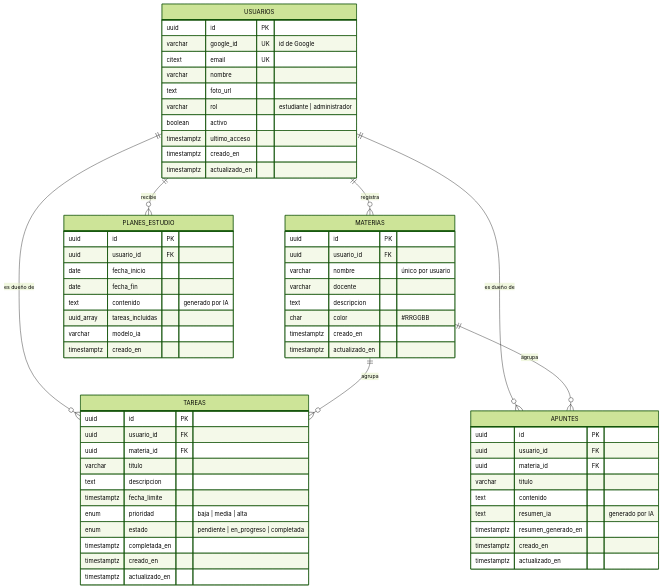
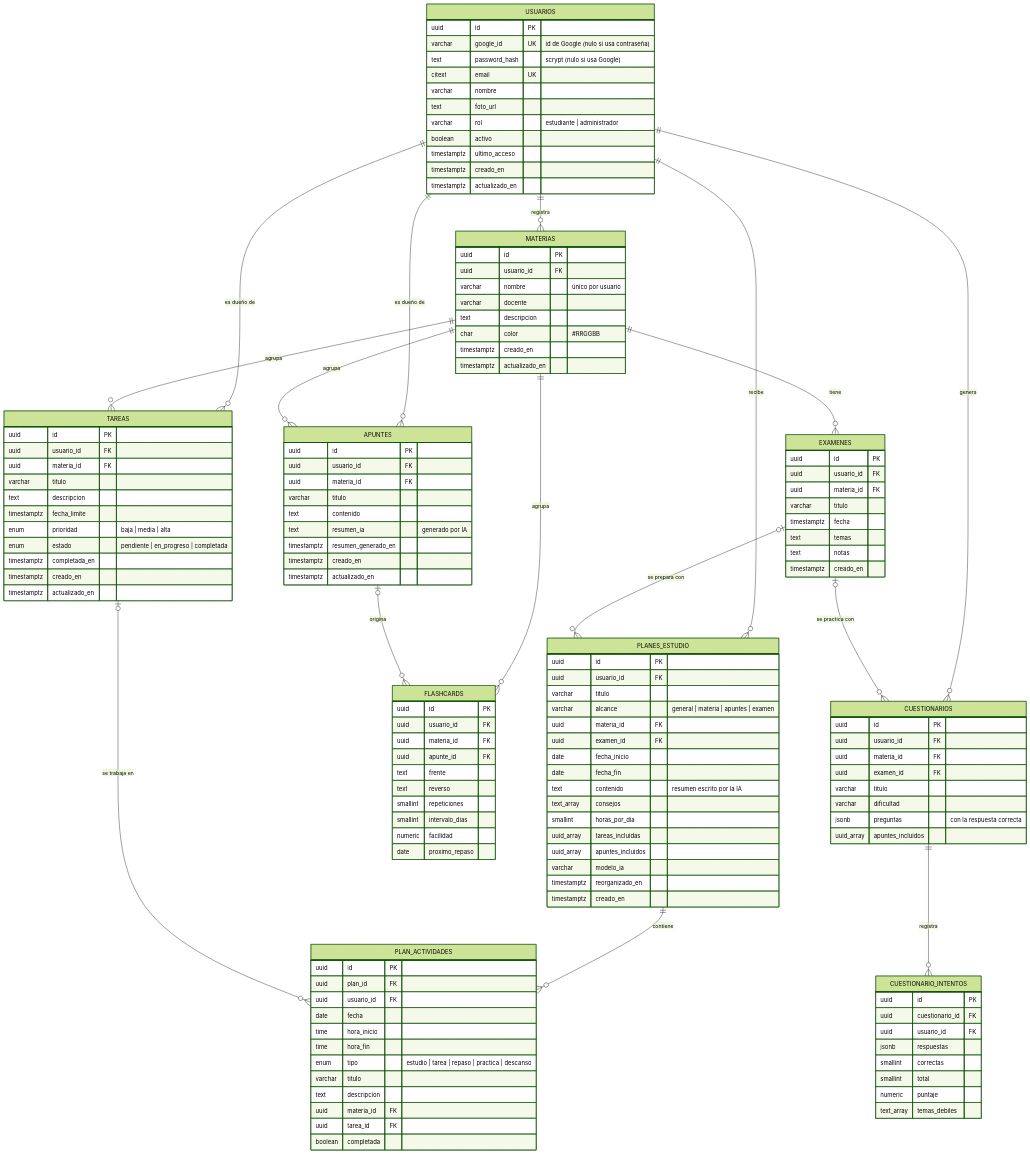
Before and after one commit to jaquelinerodas/EduPlan: the diagram in database/README.md, drawn with Mermaid (forest theme). The commit also changed other lines of this file and 1 other file, not shown here.

````diff
--- a/database/README.md
+++ b/database/README.md
@@ -31,10 +32,20 @@
     USUARIOS ||--o{ PLANES_ESTUDIO : "recibe"
     MATERIAS ||--o{ TAREAS : "agrupa"
     MATERIAS ||--o{ APUNTES : "agrupa"
+    MATERIAS ||--o{ EXAMENES : "tiene"
+    MATERIAS ||--o{ FLASHCARDS : "agrupa"
+    APUNTES |o--o{ FLASHCARDS : "origina"
+    EXAMENES |o--o{ PLANES_ESTUDIO : "se prepara con"
+    PLANES_ESTUDIO ||--o{ PLAN_ACTIVIDADES : "contiene"
+    TAREAS |o--o{ PLAN_ACTIVIDADES : "se trabaja en"
+    USUARIOS ||--o{ CUESTIONARIOS : "genera"
+    EXAMENES |o--o{ CUESTIONARIOS : "se practica con"
+    CUESTIONARIOS ||--o{ CUESTIONARIO_INTENTOS : "registra"
 
     USUARIOS {
         uuid id PK
-        varchar google_id UK "id de Google"
+        varchar google_id UK "id de Google (nulo si usa contraseña)"
+        text password_hash "scrypt (nulo si usa Google)"
         citext email UK
         varchar nombre
         text foto_url
@@ -81,11 +92,75 @@
     PLANES_ESTUDIO {
         uuid id PK
         uuid usuario_id FK
+        varchar titulo
+        varchar alcance "general | materia | apuntes | examen"
+        uuid materia_id FK
+        uuid examen_id FK
         date fecha_inicio
         date fecha_fin
-        text contenido "generado por IA"
+        text contenido "resumen escrito por la IA"
+        text_array consejos
+        smallint horas_por_dia
         uuid_array tareas_incluidas
+        uuid_array apuntes_incluidos
         varchar modelo_ia
+        timestamptz reorganizado_en
         timestamptz creado_en
     }
+    EXAMENES {
+        uuid id PK
+        uuid usuario_id FK
+        uuid materia_id FK
+        varchar titulo
+        timestamptz fecha
+        text temas
+        text notas
+        timestamptz creado_en
+    }
+    PLAN_ACTIVIDADES {
+        uuid id PK
+        uuid plan_id FK
+        uuid usuario_id FK
+        date fecha
+        time hora_inicio
+        time hora_fin
+        enum tipo "estudio | tarea | repaso | practica | descanso"
+        varchar titulo
+        text descripcion
+        uuid materia_id FK
+        uuid tarea_id FK
+        boolean completada
+    }
+    CUESTIONARIOS {
+        uuid id PK
+        uuid usuario_id FK
+        uuid materia_id FK
+        uuid examen_id FK
+        varchar titulo
+        varchar dificultad
+        jsonb preguntas "con la respuesta correcta"
+        uuid_array apuntes_incluidos
+    }
+    CUESTIONARIO_INTENTOS {
+        uuid id PK
+        uuid cuestionario_id FK
+        uuid usuario_id FK
+        jsonb respuestas
+        smallint correctas
+        smallint total
+        numeric puntaje
+        text_array temas_debiles
+    }
+    FLASHCARDS {
+        uuid id PK
+        uuid usuario_id FK
+        uuid materia_id FK
+        uuid apunte_id FK
+        text frente
+        text reverso
+        smallint repeticiones
+        smallint intervalo_dias
+        numeric facilidad
+        date proximo_repaso
+    }
 ```
````
